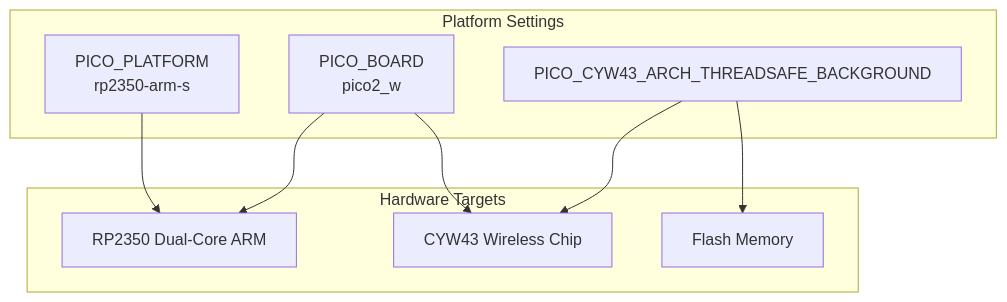
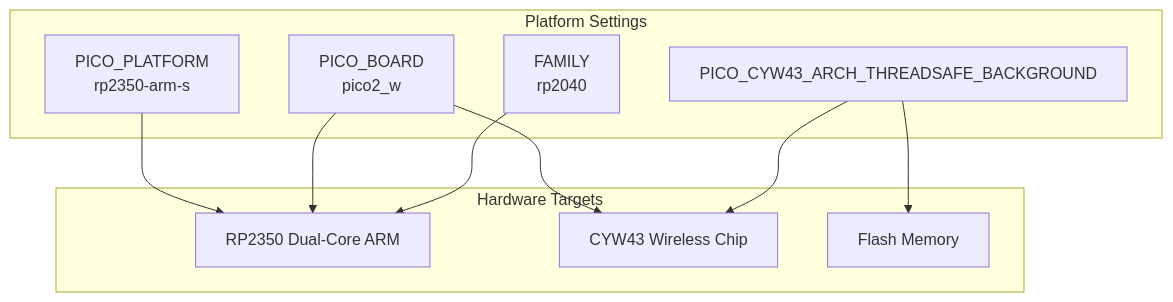
Before and after one commit to Jus-Be/orinayo-pico: the second of 6 diagrams in wiki/9-build-system.md, drawn with Mermaid. The commit also changed other lines of this file and 42 other files, not shown here.

````diff
--- a/wiki/9-build-system.md
+++ b/wiki/9-build-system.md
@@ -122,28 +157,31 @@
 ```mermaid
 flowchart TD
 
 PLATFORM["PICO_PLATFORM<br>rp2350-arm-s"]
 BOARD["PICO_BOARD<br>pico2_w"]
 ARCH["PICO_CYW43_ARCH_THREADSAFE_BACKGROUND"]
+FAMILY["FAMILY<br>rp2040"]
 RP2350["RP2350 Dual-Core ARM"]
 CYW43["CYW43 Wireless Chip"]
 FLASH["Flash Memory"]
 
 PLATFORM --> RP2350
 BOARD --> RP2350
 BOARD --> CYW43
 ARCH --> CYW43
 ARCH --> FLASH
+FAMILY --> RP2350
 
 subgraph subGraph1 ["Hardware Targets"]
     RP2350
     CYW43
     FLASH
 end
 
 subgraph subGraph0 ["Platform Settings"]
     PLATFORM
     BOARD
     ARCH
+    FAMILY
 end
 ```
````
